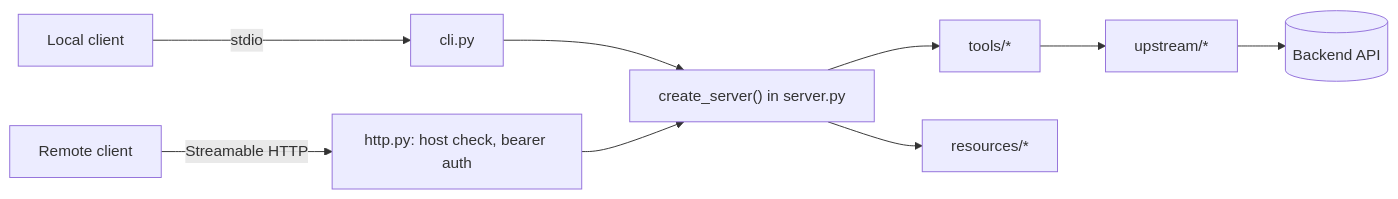
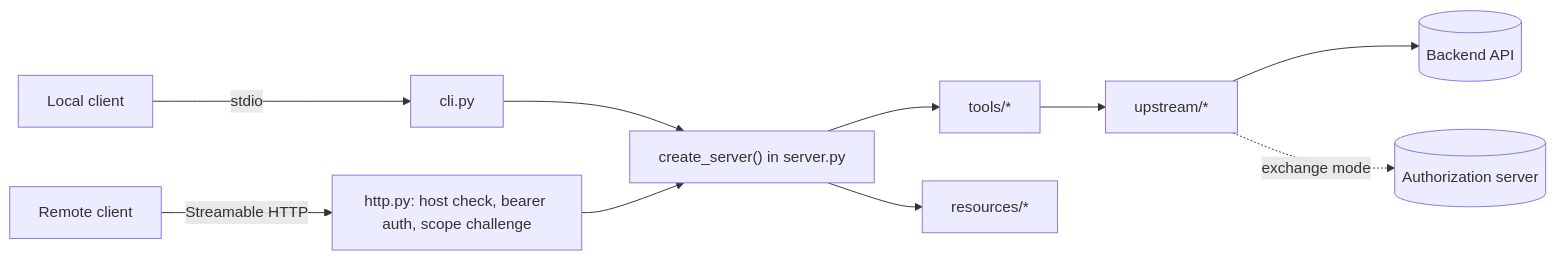
Before and after one commit to opikdev/mcp-server-python-starter: the diagram in docs/architecture.md, drawn with Mermaid. The commit also changed other lines of this file and 58 other files, not shown here.

````diff
--- a/docs/architecture.md
+++ b/docs/architecture.md
@@ -3,10 +3,11 @@
 ```mermaid
 flowchart LR
   L[Local client] -->|stdio| CLI["cli.py"]
-  R[Remote client] -->|Streamable HTTP| H["http.py: host check, bearer auth"]
+  R[Remote client] -->|Streamable HTTP| H["http.py: host check, bearer auth, scope challenge"]
   CLI --> F["create_server() in server.py"]
   H --> F
   F --> T["tools/*"]
   F --> D["resources/*"]
   T --> U["upstream/*"] --> B[(Backend API)]
+  U -.->|exchange mode| A[(Authorization server)]
 ```
````
